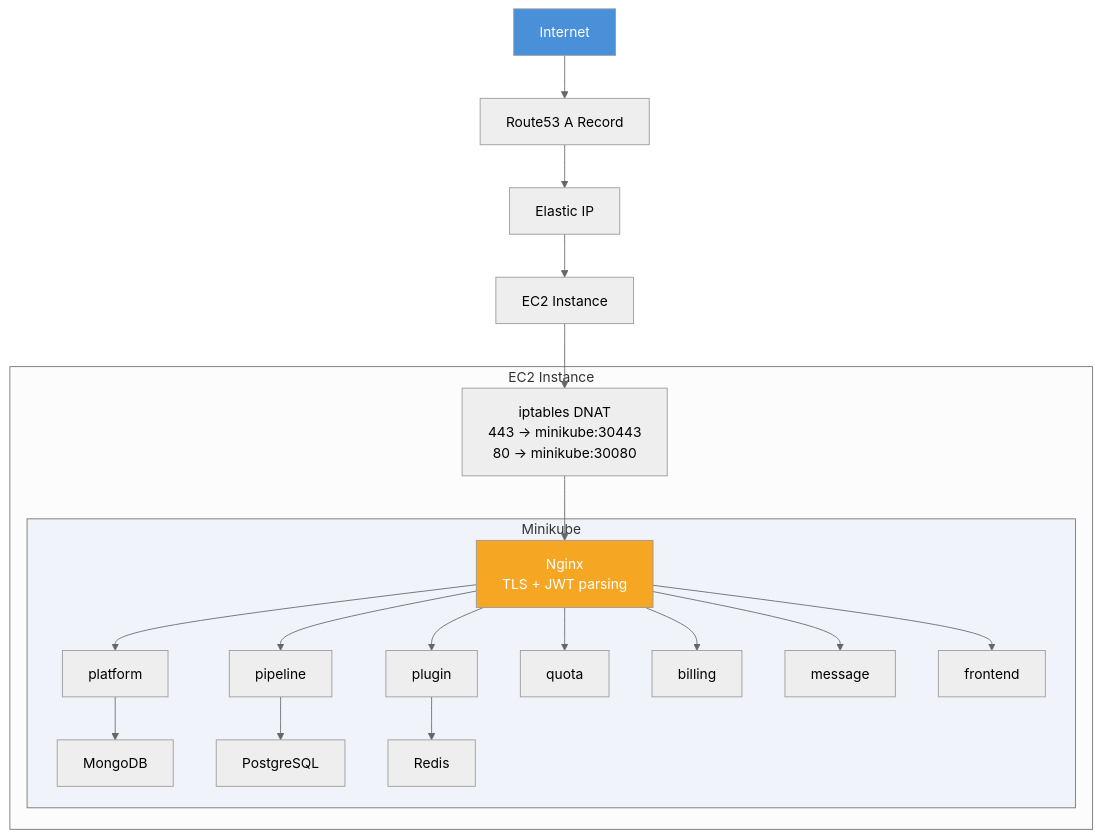
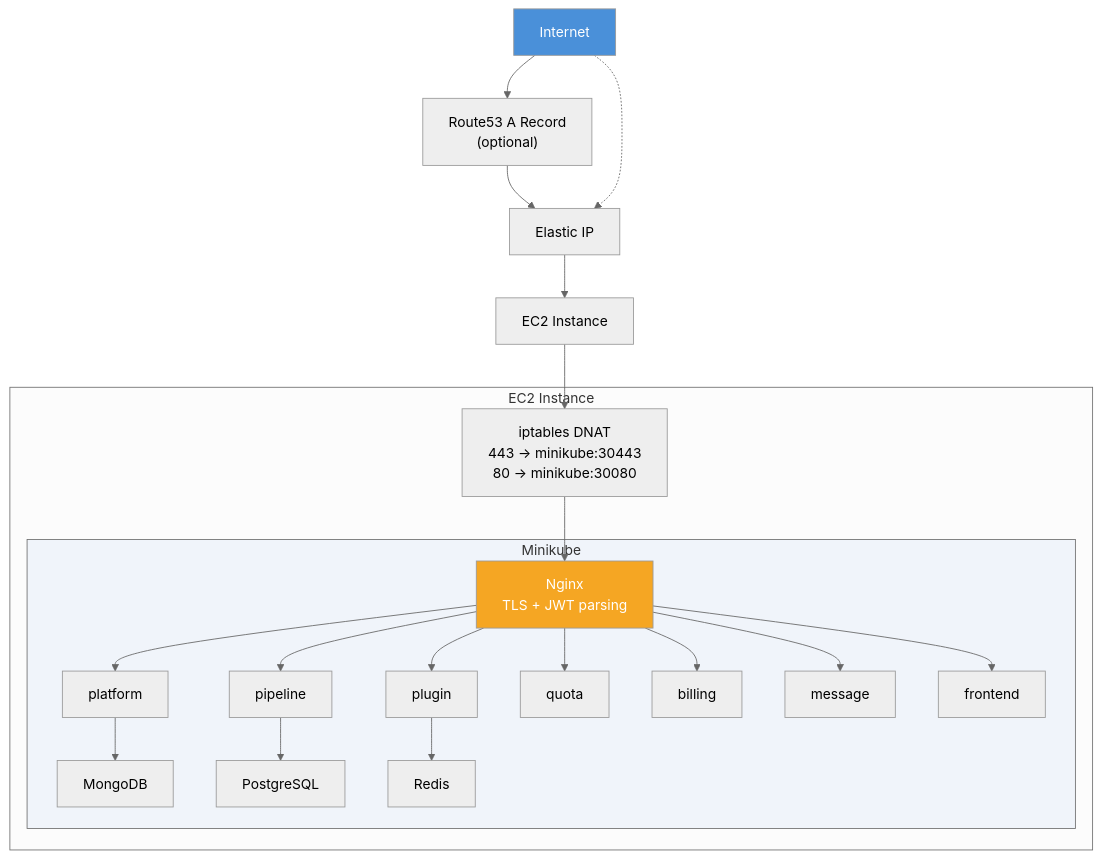
Before and after one commit to mwashburn160/pipeline-builder: the first of 5 diagrams in docs/aws-deployment.md, drawn with Mermaid (neutral theme). The commit also changed other lines of this file and 25 other files, not shown here.

````diff
--- a/docs/aws-deployment.md
+++ b/docs/aws-deployment.md
@@ -40,24 +40,25 @@
 ```mermaid
 flowchart TB
-    INET["Internet"] --> R53["Route53 A Record"]
+    INET["Internet"] --> R53["Route53 A Record<br/>(optional)"]
     R53 --> EIP["Elastic IP"]
+    INET -.-> EIP
     EIP --> EC2["EC2 Instance"]
 
     subgraph EC2_INNER["EC2 Instance"]
         IPTABLES["iptables DNAT<br/>443 → minikube:30443<br/>80 → minikube:30080"]
         subgraph MK["Minikube"]
             NGINX["Nginx<br/>TLS + JWT parsing"]
             NGINX --> platform & pipeline & plugin & quota & billing & message & frontend
             platform --> MongoDB
             pipeline --> PostgreSQL
             plugin --> Redis
         end
         IPTABLES --> NGINX
     end
 
     EC2 --> IPTABLES
 
     style INET fill:#4A90D9,color:#fff
     style MK fill:#f0f4fa,color:#333
     style NGINX fill:#F5A623,color:#fff
 ```
````
